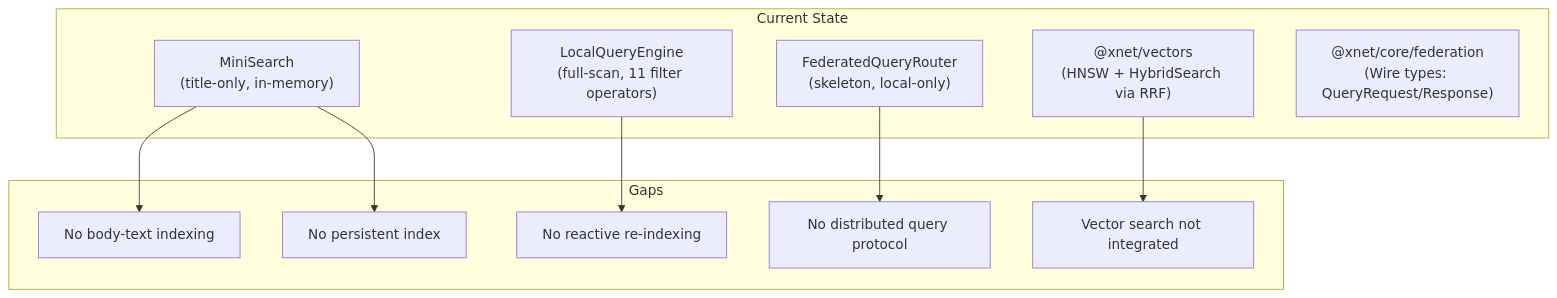
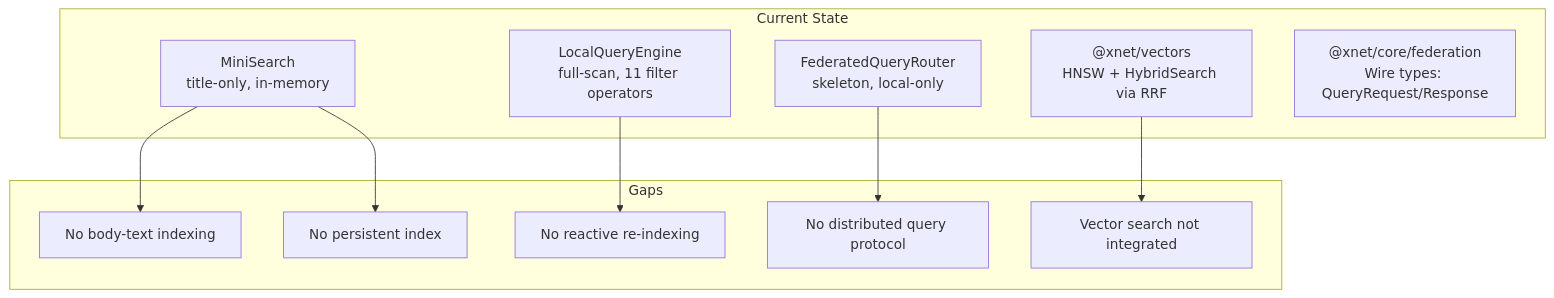
One commit to crs48/xNet changed the first of 8 diagrams in docs/explorations/DECENTRALIZED_SEARCH.md. Above: the diagram before and after it, drawn with Mermaid. The commit also changed other lines of this file and 21 other files, not shown here.

First line of the commit message:
Fix Mermaid parse errors: remove parentheses in flowchart node labels after <br/> tags

````diff
--- a/docs/explorations/DECENTRALIZED_SEARCH.md
+++ b/docs/explorations/DECENTRALIZED_SEARCH.md
@@ -64,24 +64,24 @@
 ```mermaid
 graph TD
     subgraph "Current State"
-        MS["MiniSearch<br/>(title-only, in-memory)"]
-        LQE["LocalQueryEngine<br/>(full-scan, 11 filter operators)"]
-        FQR["FederatedQueryRouter<br/>(skeleton, local-only)"]
-        VS["@xnet/vectors<br/>(HNSW + HybridSearch via RRF)"]
-        FED["@xnet/core/federation<br/>(Wire types: QueryRequest/Response)"]
+        MS["MiniSearch<br/>title-only, in-memory"]
+        LQE["LocalQueryEngine<br/>full-scan, 11 filter operators"]
+        FQR["FederatedQueryRouter<br/>skeleton, local-only"]
+        VS["@xnet/vectors<br/>HNSW + HybridSearch via RRF"]
+        FED["@xnet/core/federation<br/>Wire types: QueryRequest/Response"]
     end
 
     subgraph "Gaps"
         G1["No body-text indexing"]
         G2["No persistent index"]
         G3["No reactive re-indexing"]
         G4["No distributed query protocol"]
         G5["Vector search not integrated"]
     end
 
     MS --> G1
     MS --> G2
     LQE --> G3
     FQR --> G4
     VS --> G5
 ```
````
